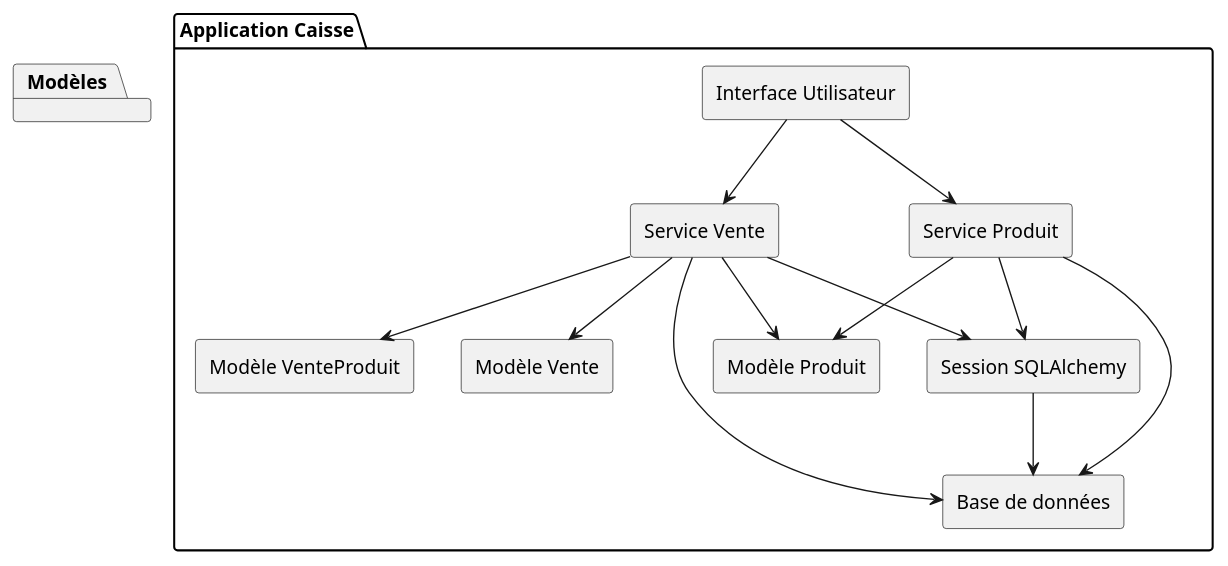
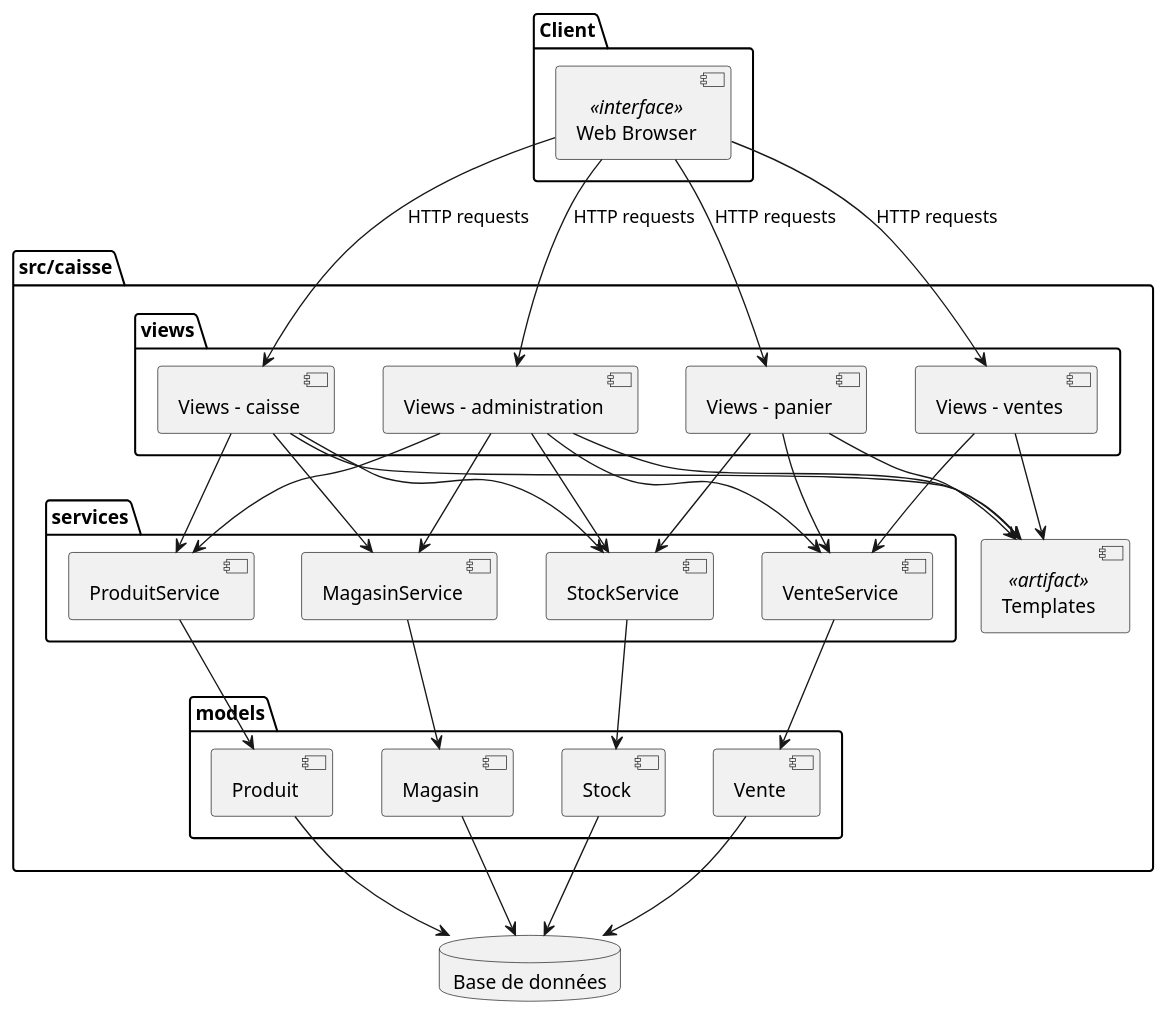
The diagram in docs/UML/diagrammeCOmposantsVueDeveloppement.puml (CedricBosseETS/Lab0_CedricBosse), drawn with PlantUML before and after one commit. The commit also changed 10 other files, not shown here.

```diff
--- a/docs/UML/diagrammeCOmposantsVueDeveloppement.puml
+++ b/docs/UML/diagrammeCOmposantsVueDeveloppement.puml
@@ -1,30 +1,72 @@
 @startuml
-skinparam componentStyle rectangle
+' Définition des composants principaux
 
-package "Application Caisse" {
-    
-    [Interface Utilisateur] --> [Service Vente]
-    [Interface Utilisateur] --> [Service Produit]
-
-    [Service Vente] --> [Base de données]
-    [Service Produit] --> [Base de données]
-
-    [Service Vente] --> [Modèle Vente]
-    [Service Vente] --> [Modèle Produit]
-    [Service Vente] --> [Modèle VenteProduit]
-
-    [Service Produit] --> [Modèle Produit]
-
-    [Service Vente] --> [Session SQLAlchemy]
-    [Service Produit] --> [Session SQLAlchemy]
+package "Client" {
+  [Web Browser] <<interface>>
 }
 
-package "Modèles" {
-    [Modèle Produit]
-    [Modèle Vente]
-    [Modèle VenteProduit]
+package "src/caisse" {
+  
+  package "views" {
+    [Views - caisse] 
+    [Views - administration]
+    [Views - panier]
+    [Views - ventes]
+  }
+
+  package "services" {
+    [ProduitService]
+    [StockService]
+    [VenteService]
+    [MagasinService]
+  }
+
+  package "models" {
+    [Produit]
+    [Magasin]
+    [Vente]
+    [Stock]
+  }
+
+  [Templates] <<artifact>>
 }
 
-[Session SQLAlchemy] --> [Base de données]
+database "Base de données" as DB
+
+' Relations entre composants
+
+[Web Browser] --> [Views - caisse] : HTTP requests
+[Web Browser] --> [Views - administration] : HTTP requests
+[Web Browser] --> [Views - panier] : HTTP requests
+[Web Browser] --> [Views - ventes] : HTTP requests
+
+[Views - caisse] --> [ProduitService]
+[Views - caisse] --> [StockService]
+[Views - caisse] --> [MagasinService]
+
+[Views - administration] --> [MagasinService]
+[Views - administration] --> [VenteService]
+[Views - administration] --> [ProduitService]
+[Views - administration] --> [StockService]
+
+[Views - panier] --> [StockService]
+[Views - panier] --> [VenteService]
+
+[Views - ventes] --> [VenteService]
+
+[Views - caisse] --> [Templates]
+[Views - administration] --> [Templates]
+[Views - panier] --> [Templates]
+[Views - ventes] --> [Templates]
+
+[ProduitService] --> [Produit]
+[StockService] --> [Stock]
+[VenteService] --> [Vente]
+[MagasinService] --> [Magasin]
+
+[Produit] --> DB
+[Magasin] --> DB
+[Vente] --> DB
+[Stock] --> DB
 
 @enduml
```
